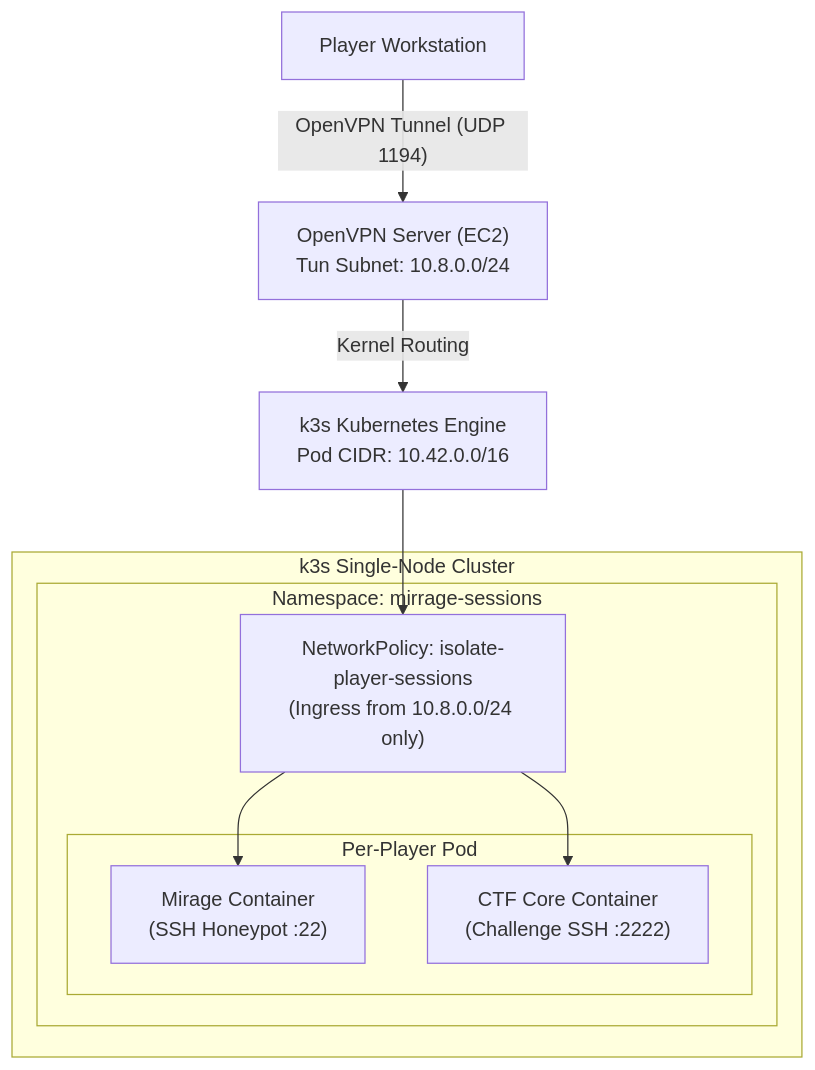
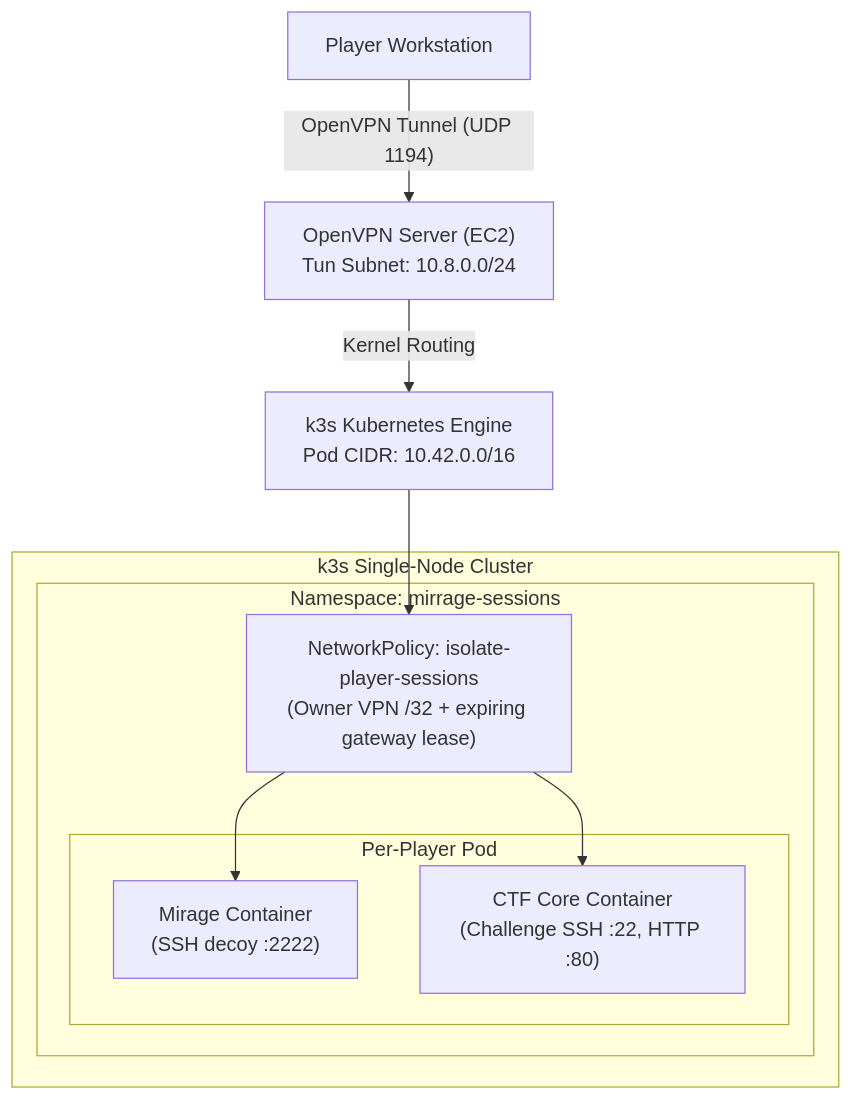
One commit to WEBSRP/THE-MIRRAGE changed the second of 2 diagrams in docs/architecture.md. Above: the diagram before and after it, drawn with Mermaid. The commit also changed other lines of this file and 128 other files, not shown here.

````diff
--- a/docs/architecture.md
+++ b/docs/architecture.md
@@ -41,20 +41,20 @@
 ```mermaid
 flowchart TD
     Player["Player Workstation"] -->|"OpenVPN Tunnel (UDP 1194)"| EC2_VPN["OpenVPN Server (EC2)\nTun Subnet: 10.8.0.0/24"]
     EC2_VPN -->|"Kernel Routing"| K3s_Engine["k3s Kubernetes Engine\nPod CIDR: 10.42.0.0/16"]
     
     subgraph K3s_Cluster["k3s Single-Node Cluster"]
         subgraph Namespace["Namespace: mirrage-sessions"]
-            NetPol["NetworkPolicy: isolate-player-sessions\n(Ingress from 10.8.0.0/24 only)"]
+            NetPol["NetworkPolicy: isolate-player-sessions\n(Owner VPN /32 + expiring gateway lease)"]
             
             subgraph Pod["Per-Player Pod"]
-                MirageCont["Mirage Container\n(SSH Honeypot :22)"]
-                CTFCont["CTF Core Container\n(Challenge SSH :2222)"]
+                MirageCont["Mirage Container\n(SSH decoy :2222)"]
+                CTFCont["CTF Core Container\n(Challenge SSH :22, HTTP :80)"]
             end
         end
     end
 
     K3s_Engine --> NetPol
     NetPol --> MirageCont
     NetPol --> CTFCont
 ```
````
